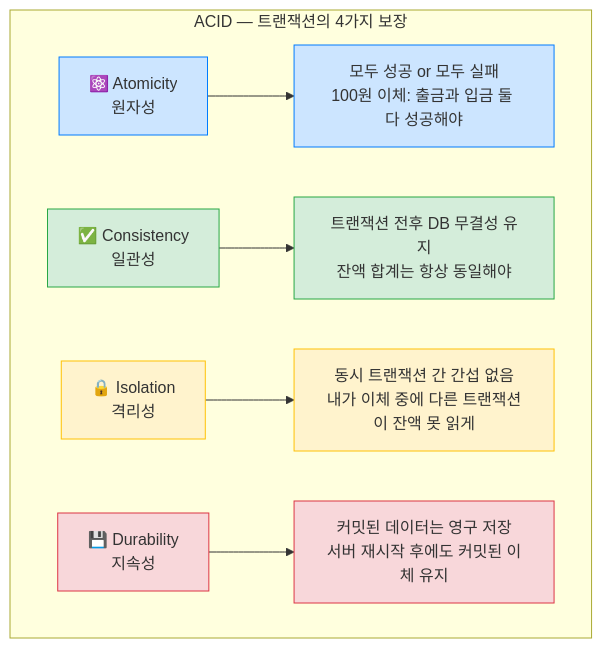
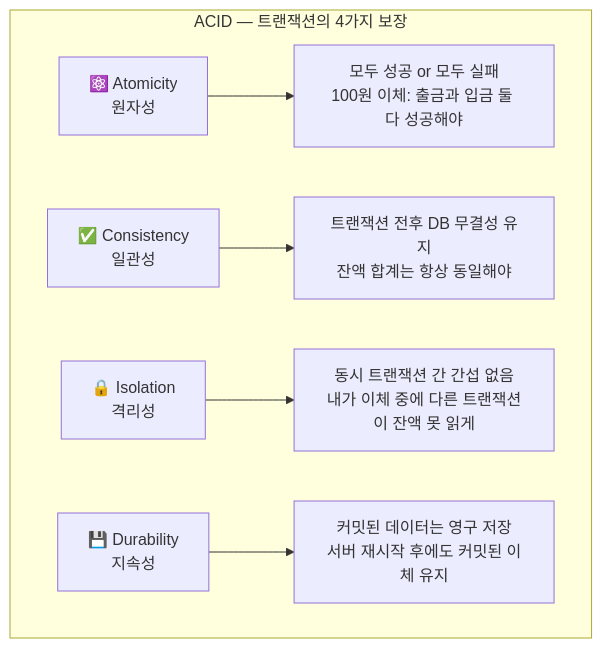
One commit to yjkim2015/yjkim2015.github.io changed the fourth of 11 diagrams in _posts/spring/2026-05-02-spring-db-1.md. Above: the diagram before and after it, drawn with Mermaid. The commit also changed other lines of this file and 215 other files, not shown here.

First line of the commit message:
신규 포스트 10개 추가 + Mermaid 전면 축소 + SystemDesign 시리즈 보강

````diff
--- a/_posts/spring/2026-05-02-spring-db-1.md
+++ b/_posts/spring/2026-05-02-spring-db-1.md
@@ -258,18 +227,9 @@
 ```mermaid
 graph TD
     subgraph "ACID — 트랜잭션의 4가지 보장"
         A["⚛️ Atomicity\n원자성"] --> A1["모두 성공 or 모두 실패\n100원 이체: 출금과 입금 둘 다 성공해야"]
         B["✅ Consistency\n일관성"] --> B1["트랜잭션 전후 DB 무결성 유지\n잔액 합계는 항상 동일해야"]
         C["🔒 Isolation\n격리성"] --> C1["동시 트랜잭션 간 간섭 없음\n내가 이체 중에 다른 트랜잭션이 잔액 못 읽게"]
         D["💾 Durability\n지속성"] --> D1["커밋된 데이터는 영구 저장\n서버 재시작 후에도 커밋된 이체 유지"]
     end
-
-    classDef atomic fill:#cce5ff,stroke:#007bff
-    classDef consistent fill:#d4edda,stroke:#28a745
-    classDef isolated fill:#fff3cd,stroke:#ffc107
-    classDef durable fill:#f8d7da,stroke:#dc3545
-    class A,A1 atomic
-    class B,B1 consistent
-    class C,C1 isolated
-    class D,D1 durable
 ```
````
